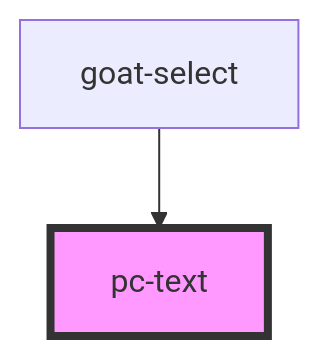
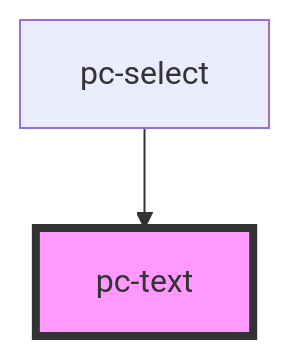
One commit to redvars/peacock changed the diagram in src/components/typography/text/readme.md. Above: the diagram before and after it, drawn with Mermaid. The commit also changed other lines of this file and 299 other files, not shown here.

````diff
--- a/src/components/typography/text/readme.md
+++ b/src/components/typography/text/readme.md
@@ -15,5 +15,5 @@
 ```mermaid
 graph TD;
-  goat-select --> pc-text
+  pc-select --> pc-text
   style pc-text fill:#f9f,stroke:#333,stroke-width:4px
 ```
````
